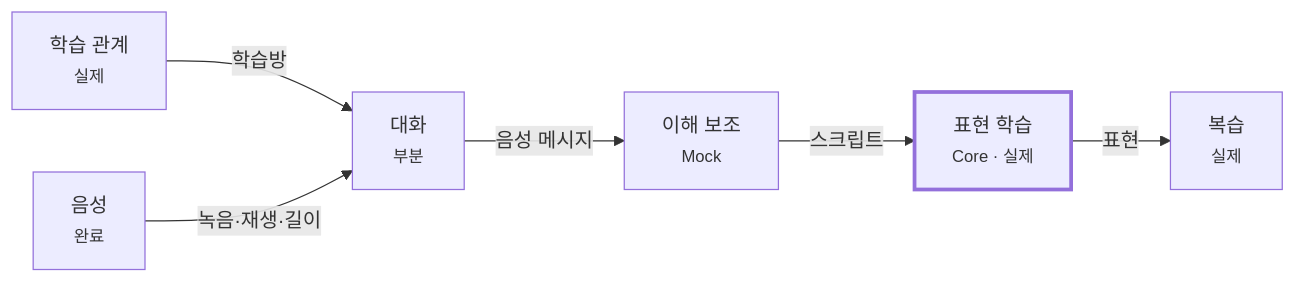
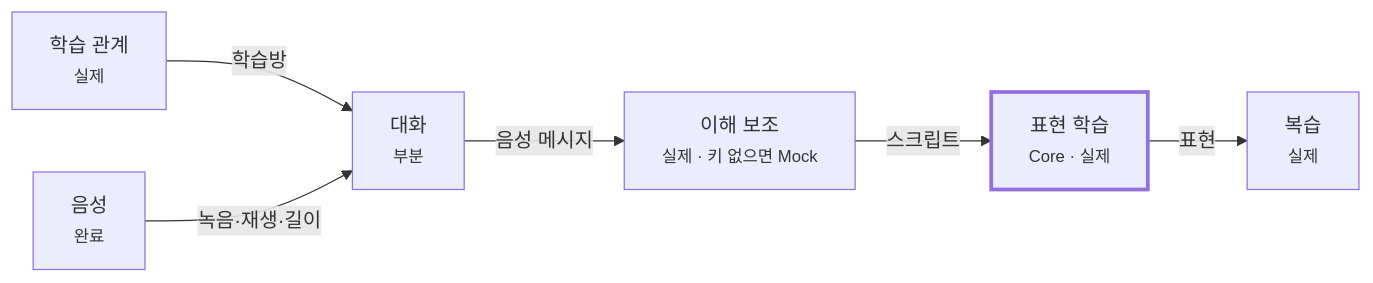
Before and after one commit to balbi-hw/talklog-user-prototype: the first of 2 diagrams in docs/product-plan.md, drawn with Mermaid. The commit also changed other lines of this file and 13 other files, not shown here.

````diff
--- a/docs/product-plan.md
+++ b/docs/product-plan.md
@@ -68,9 +68,9 @@
 ```mermaid
 flowchart LR
     relation["학습 관계<br/><small>실제</small>"] -- 학습방 --> conversation["대화<br/><small>부분</small>"]
-    conversation -- 음성 메시지 --> understanding["이해 보조<br/><small>Mock</small>"]
+    conversation -- 음성 메시지 --> understanding["이해 보조<br/><small>실제 · 키 없으면 Mock</small>"]
     understanding -- 스크립트 --> expression["표현 학습<br/><small>Core · 실제</small>"]
     expression -- 표현 --> review["복습<br/><small>실제</small>"]
     voice["음성<br/><small>완료</small>"] -- 녹음·재생·길이 --> conversation
     style expression stroke-width:3px
 ```
````
